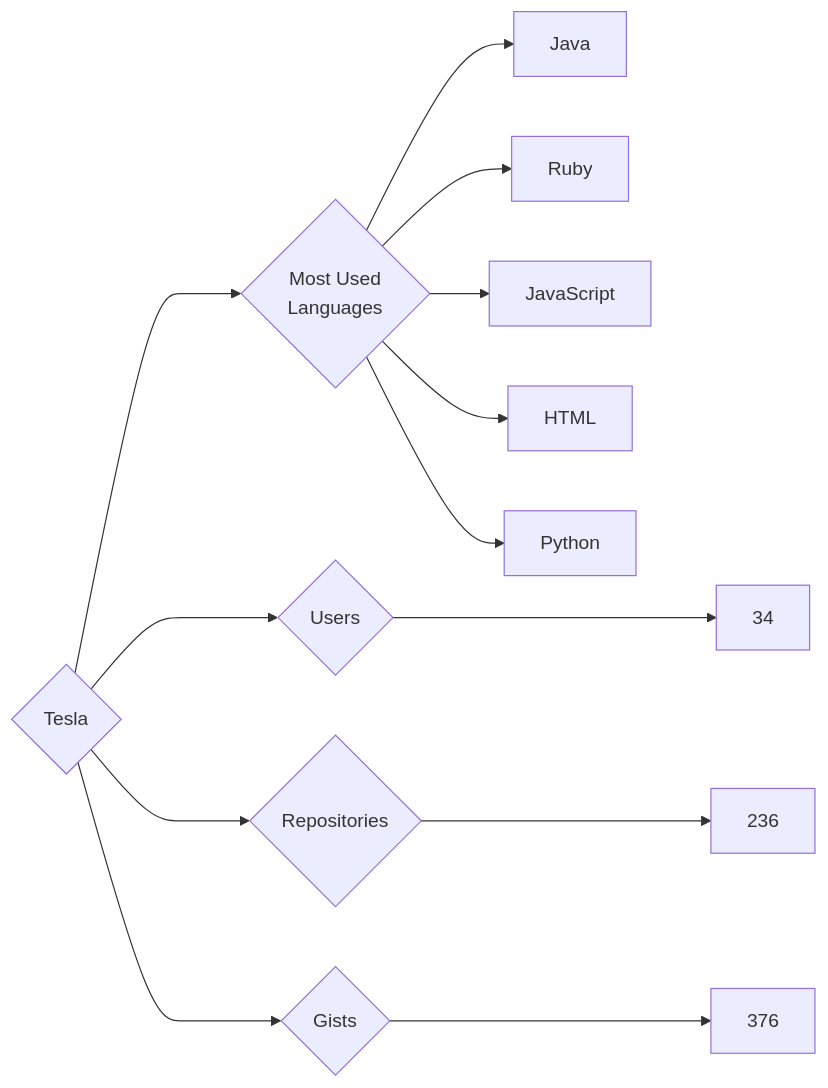
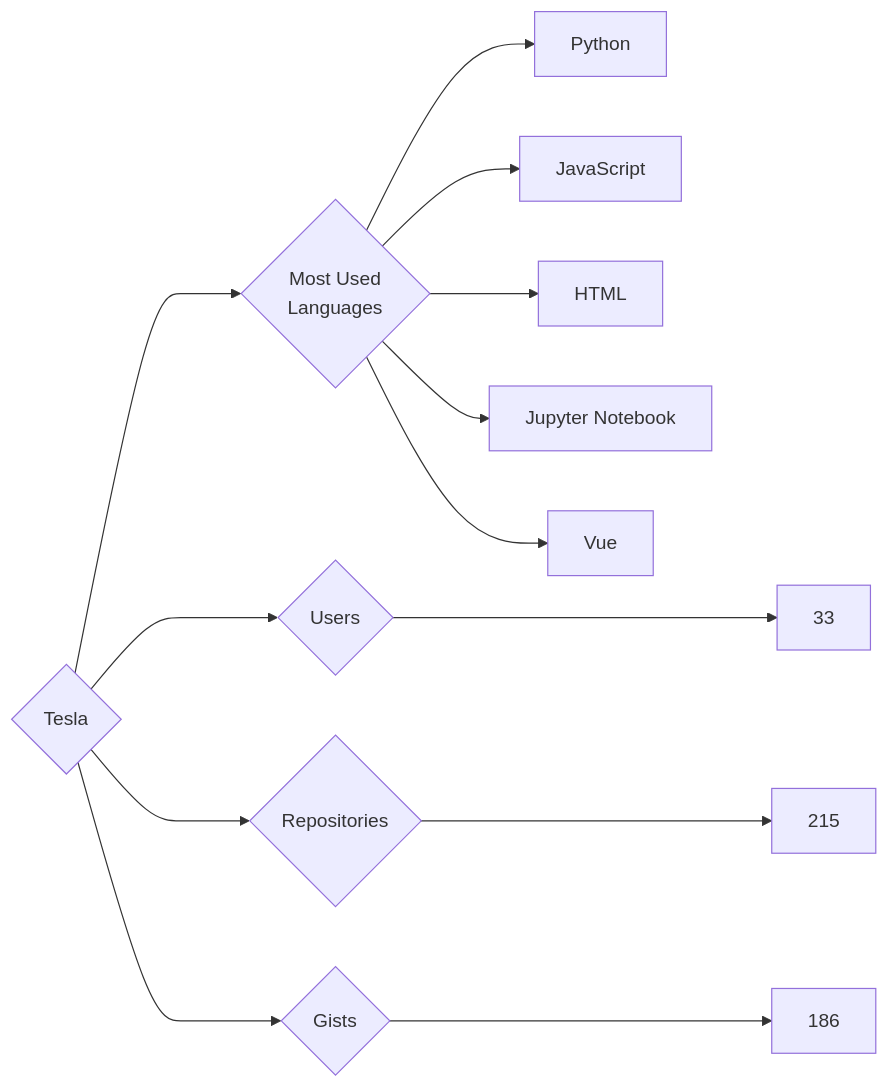
The diagram in targets/Tesla/README.md (trickest/insiders), drawn with Mermaid before and after one commit. The commit also changed 582 other files, not shown here.

````diff
--- a/targets/Tesla/README.md
+++ b/targets/Tesla/README.md
@@ -3,13 +3,13 @@
 ```mermaid
 graph LR
 COMPANY_NAME{Tesla}
-COMPANY_NAME ---> U{Users} ---> UN[34]
-COMPANY_NAME ---> R{Repositories} ---> RN[236]
-COMPANY_NAME ---> G{Gists} ---> GN[376]
+COMPANY_NAME ---> U{Users} ---> UN[33]
+COMPANY_NAME ---> R{Repositories} ---> RN[215]
+COMPANY_NAME ---> G{Gists} ---> GN[186]
 COMPANY_NAME ---> ML{Most Used<br>Languages}
-ML --> Java[Java]
-ML --> Ruby[Ruby]
+ML --> Python[Python]
 ML --> JavaScript[JavaScript]
 ML --> HTML[HTML]
-ML --> Python[Python]
+ML --> Jupyter_Notebook[Jupyter Notebook]
+ML --> Vue[Vue]
 ```
````
